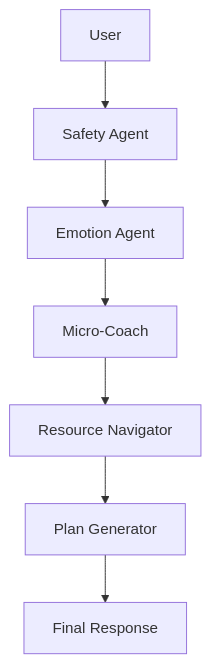
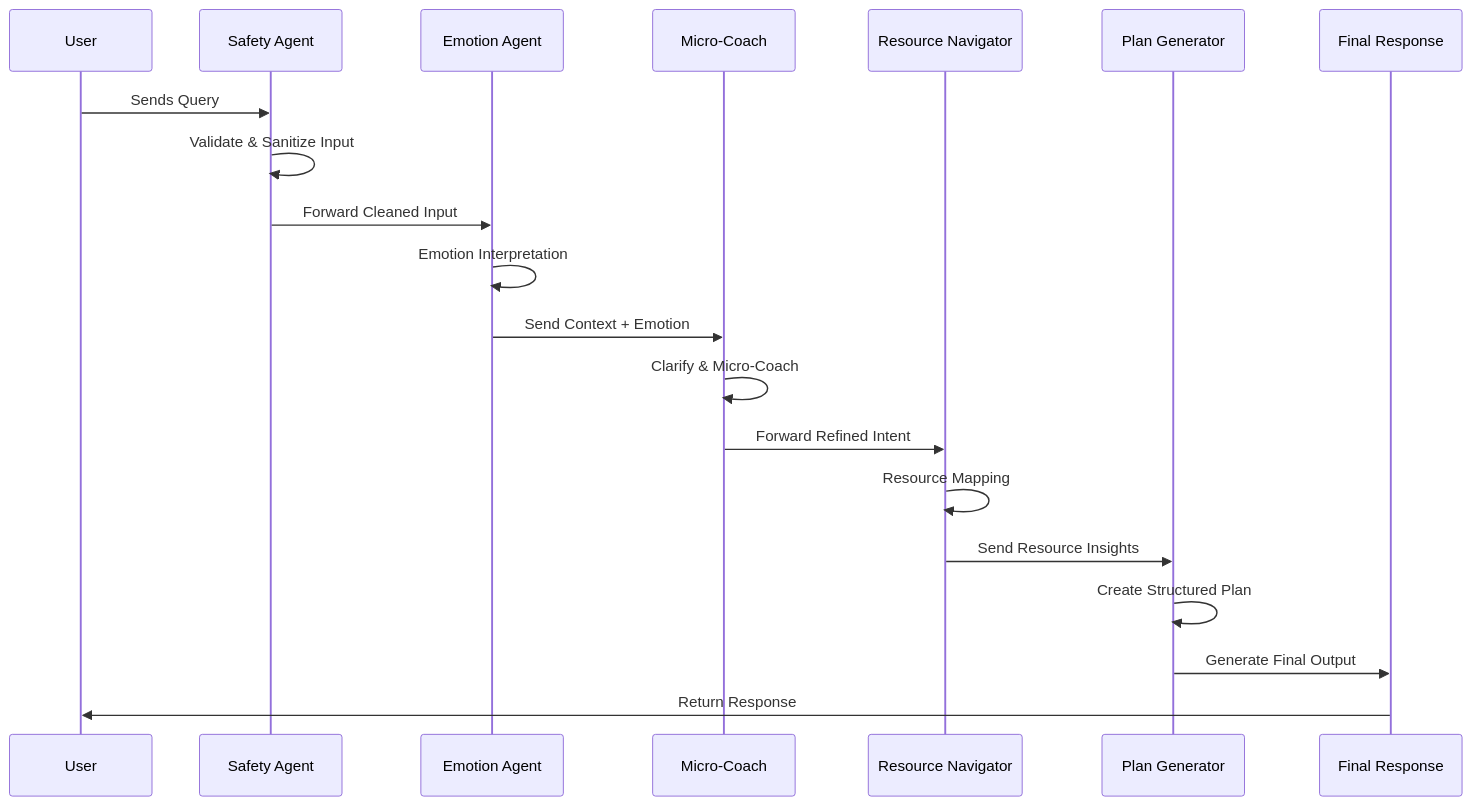
Before and after one commit to rohitpanda045/MindCompass-AI-Agent: the diagram in README.md, drawn with Mermaid.

Commit message:
Change flowchart to sequence diagram in README

````diff
--- a/README.md
+++ b/README.md
@@ -28,10 +28,25 @@
 ```mermaid
-flowchart TD
-    U[User] --> SA[Safety Agent]
-    SA --> EA[Emotion Agent]
-    EA --> MC[Micro-Coach]
-    MC --> RN[Resource Navigator]
-    RN --> PG[Plan Generator]
-    PG --> R[Final Response]
+sequenceDiagram
+    participant U as User
+    participant SA as Safety Agent
+    participant EA as Emotion Agent
+    participant MC as Micro-Coach
+    participant RN as Resource Navigator
+    participant PG as Plan Generator
+    participant R as Final Response
+
+    U->>SA: Sends Query
+    SA->>SA: Validate & Sanitize Input
+    SA->>EA: Forward Cleaned Input
+    EA->>EA: Emotion Interpretation
+    EA->>MC: Send Context + Emotion
+    MC->>MC: Clarify & Micro-Coach
+    MC->>RN: Forward Refined Intent
+    RN->>RN: Resource Mapping
+    RN->>PG: Send Resource Insights
+    PG->>PG: Create Structured Plan
+    PG->>R: Generate Final Output
+    R->>U: Return Response
+
 
 ```
````
